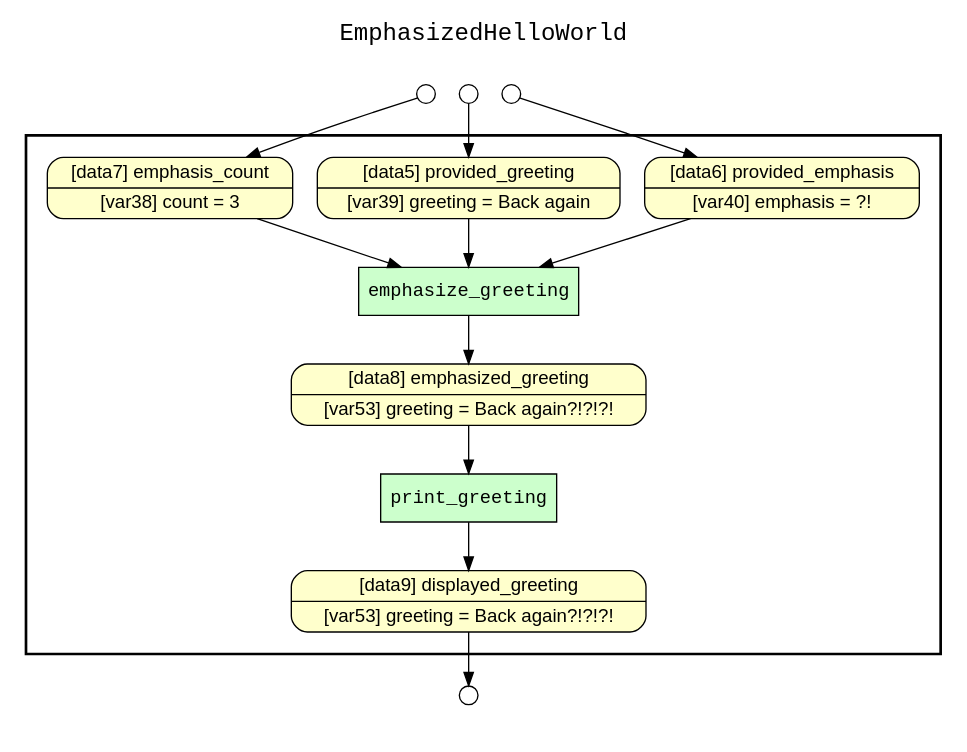
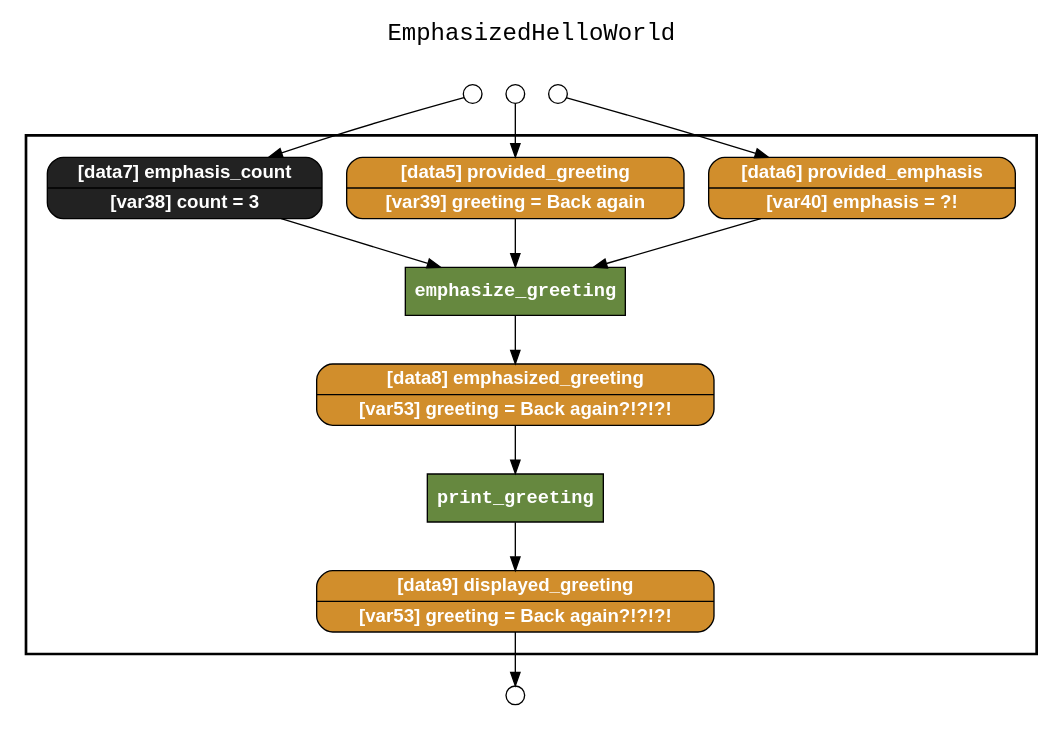
One commit to yesworkflow-org/yw-noworkflow changed the diagram in examples/04_iterative_emphasis/yw_nw_retrospective_lineage.gv. Above: the diagram before and after it, drawn with Graphviz. The commit also changed 27 other files, not shown here.

Commit message:
New graphviz style for retrospective lineage graph.

```diff
--- a/examples/04_iterative_emphasis/yw_nw_retrospective_lineage.gv
+++ b/examples/04_iterative_emphasis/yw_nw_retrospective_lineage.gv
@@ -1,41 +1,42 @@
 
 digraph yw_data_view {
 rankdir=TB
 fontname=Courier; fontsize=18; labelloc=t
 label="EmphasizedHelloWorld"
 subgraph cluster_workflow { label=""; color=black; penwidth=2
 subgraph cluster_workflow_inner { label=""; color=white
-node[shape=box style="filled" fillcolor="#CCFFCC" peripheries=1 fontname=Courier]
+node[shape=box style=filled fillcolor="#66883F" peripheries=1 fontname="Courier-Bold" fontcolor=white]
 emphasize_greeting
 print_greeting
 node[shape=box style="filled" fillcolor="#CCFFCC" peripheries=1 fontname=Courier]
-node[shape=box style="rounded,filled" fillcolor="#FFFFCC" peripheries=1 fontname=Helvetica]
+node[shape=box style="rounded,filled" fillcolor="#D18E2C" peripheries=1 fontname="Helvetica-Bold"]
 emphasized_greeting [shape=record rankdir=LR label="{<f0> [data8] emphasized_greeting |<f1> [var53] greeting = Back again?!?!?!}"]
 displayed_greeting [shape=record rankdir=LR label="{<f0> [data9] displayed_greeting |<f1> [var53] greeting = Back again?!?!?!}"]
 provided_emphasis [shape=record rankdir=LR label="{<f0> [data6] provided_emphasis |<f1> [var40] emphasis = ?!}"]
 provided_greeting [shape=record rankdir=LR label="{<f0> [data5] provided_greeting |<f1> [var39] greeting = Back again}"]
+node[shape=box style="rounded,filled" fillcolor="#222222" peripheries=1 fontname="Helvetica-Bold"]
 emphasis_count [shape=record rankdir=LR label="{<f0> [data7] emphasis_count |<f1> [var38] count = 3}"]
 }}
 subgraph cluster_inflows { label=""; color=white; penwidth=2
 subgraph cluster_inflows_inner { label=""; color=white
 node[shape=circle fillcolor="#FFFFFF" peripheries=1 width=0.2]
 provided_greeting_inflow [label=""]
 provided_emphasis_inflow [label=""]
 emphasis_count_inflow [label=""]
 }}
 subgraph cluster_outflows { label=""; color=white; penwidth=2
 subgraph cluster_outflows_inner { label=""; color=white
 node[shape=circle fillcolor="#FFFFFF" peripheries=1 width=0.2]
 displayed_greeting_outflow [label=""]
 }}
 emphasized_greeting -> print_greeting
 emphasis_count -> emphasize_greeting
 provided_emphasis -> emphasize_greeting
 provided_greeting -> emphasize_greeting
 emphasize_greeting -> emphasized_greeting
 print_greeting -> displayed_greeting
 provided_greeting_inflow -> provided_greeting
 provided_emphasis_inflow -> provided_emphasis
 emphasis_count_inflow -> emphasis_count
 displayed_greeting -> displayed_greeting_outflow
 }
```
